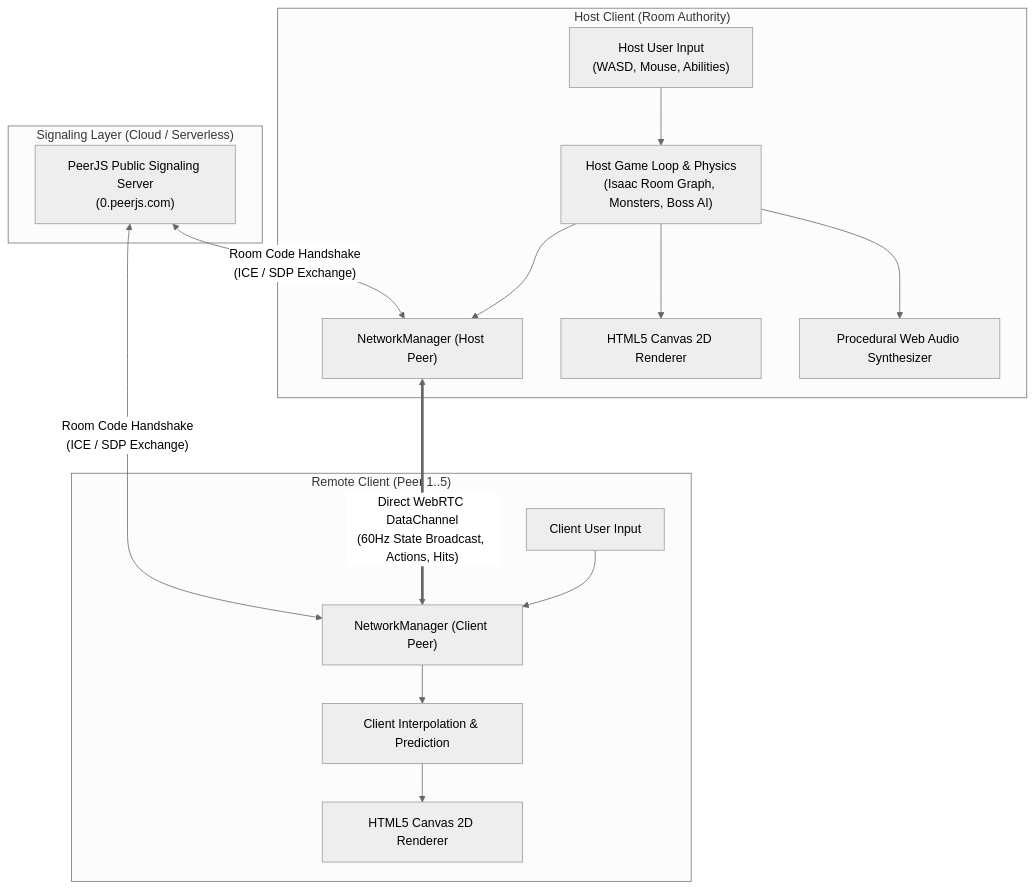
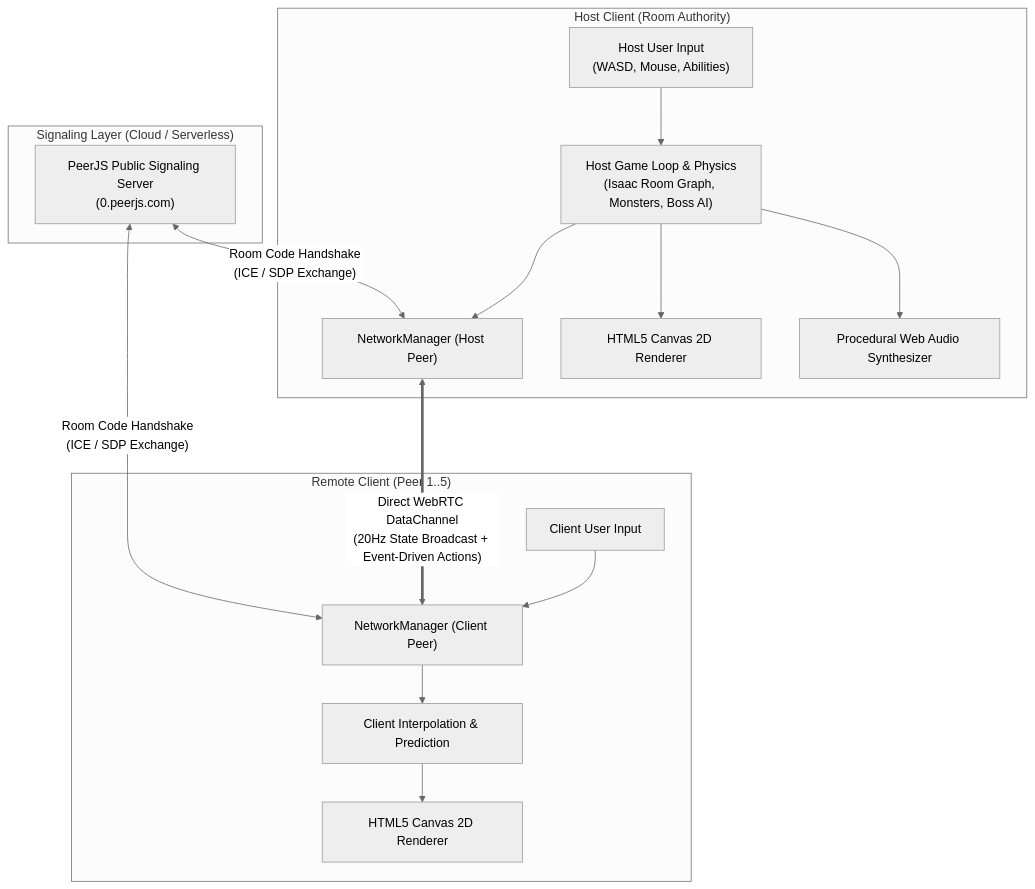
The diagram in README.md (felixpalingan/Slop-dungeon), drawn with Mermaid (neutral theme) before and after one commit. The commit also changed other lines of this file and 2 other files, not shown here.

Commit message:
docs(all): update README, ROADMAP, SEO metadata & cross-play documentation

````diff
--- a/README.md
+++ b/README.md
@@ -36,34 +37,34 @@
 ```mermaid
 flowchart TD
     subgraph "Signaling Layer (Cloud / Serverless)"
         PS["PeerJS Public Signaling Server<br/>(0.peerjs.com)"]
     end
 
     subgraph "Host Client (Room Authority)"
         HostInput["Host User Input<br/>(WASD, Mouse, Abilities)"]
         HostEngine["Host Game Loop & Physics<br/>(Isaac Room Graph, Monsters, Boss AI)"]
         HostNet["NetworkManager (Host Peer)"]
         HostCanvas["HTML5 Canvas 2D Renderer"]
         HostAudio["Procedural Web Audio Synthesizer"]
     end
 
     subgraph "Remote Client (Peer 1..5)"
         PeerInput["Client User Input"]
         PeerEngine["Client Interpolation & Prediction"]
         PeerNet["NetworkManager (Client Peer)"]
         PeerCanvas["HTML5 Canvas 2D Renderer"]
     end
 
     PS <-->|"Room Code Handshake<br/>(ICE / SDP Exchange)"| HostNet
     PS <-->|"Room Code Handshake<br/>(ICE / SDP Exchange)"| PeerNet
-    HostNet <===>|"Direct WebRTC DataChannel<br/>(60Hz State Broadcast, Actions, Hits)"| PeerNet
+    HostNet <===>|"Direct WebRTC DataChannel<br/>(20Hz State Broadcast + Event-Driven Actions)"| PeerNet
 
     HostInput --> HostEngine
     HostEngine --> HostNet
     HostEngine --> HostCanvas
     HostEngine --> HostAudio
 
     PeerInput --> PeerNet
     PeerNet --> PeerEngine
     PeerEngine --> PeerCanvas
 ```
````
